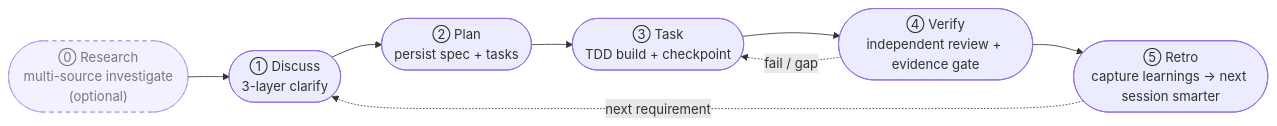
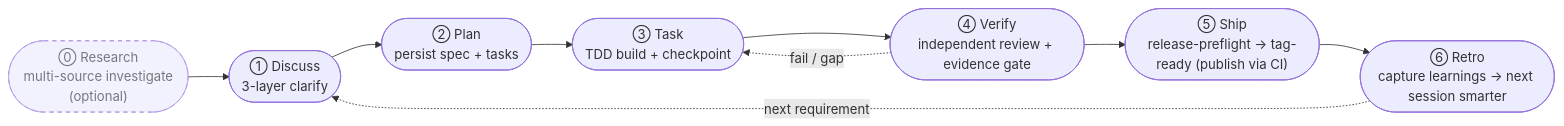
Before and after one commit to easyinplay/harnessed: the first of 2 diagrams in README.md, drawn with Mermaid. The commit also changed other lines of this file and 15 other files, not shown here.

````diff
--- a/README.md
+++ b/README.md
@@ -26,11 +26,12 @@
 ```mermaid
 flowchart LR
   R(["⓪ Research<br/>multi-source investigate<br/>(optional)"]):::opt --> D
   D(["① Discuss<br/>3-layer clarify"]) --> P(["② Plan<br/>persist spec + tasks"])
   P --> T(["③ Task<br/>TDD build + checkpoint"])
   T --> V(["④ Verify<br/>independent review + evidence gate"])
-  V --> L(["⑤ Retro<br/>capture learnings → next session smarter"])
+  V --> S(["⑤ Ship<br/>release-preflight → tag-ready (publish via CI)"])
+  S --> L(["⑥ Retro<br/>capture learnings → next session smarter"])
   V -. "fail / gap" .-> T
   L -. "next requirement" .-> D
   classDef opt stroke-dasharray:5,opacity:0.8
 ```
````
